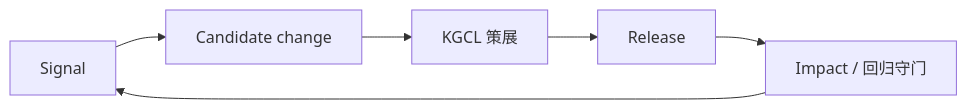
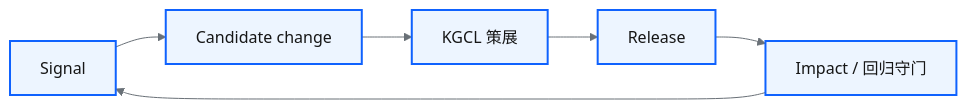
Before and after one commit to zhiweio/biomed-ontology: the first of 2 diagrams in docs/evolution/loop.md, drawn with Mermaid. The commit also changed other lines of this file and 6 other files, not shown here.

````diff
--- a/docs/evolution/loop.md
+++ b/docs/evolution/loop.md
@@ -30,8 +30,11 @@
 ```mermaid
+%%{init: {'theme':'base','themeVariables':{'primaryColor':'#edf5ff','primaryTextColor':'#161616','primaryBorderColor':'#0f62fe','lineColor':'#697077','secondaryColor':'#d9fbfb','tertiaryColor':'#f2f4f8'}}}%%
 flowchart LR
-  S[Signal] --> C[Candidate change]
-  C --> K[KGCL 策展]
-  K --> R[Release]
-  R --> I[Impact / 回归守门]
+  S["Signal"] --> C["Candidate change"]
+  C --> K["KGCL 策展"]
+  K --> R["Release"]
+  R --> I["Impact / 回归守门"]
   I --> S
+  classDef bpProcess fill:#edf5ff,stroke:#0f62fe,stroke-width:2px,color:#161616
+  class S,C,K,R,I bpProcess
 ```
````
